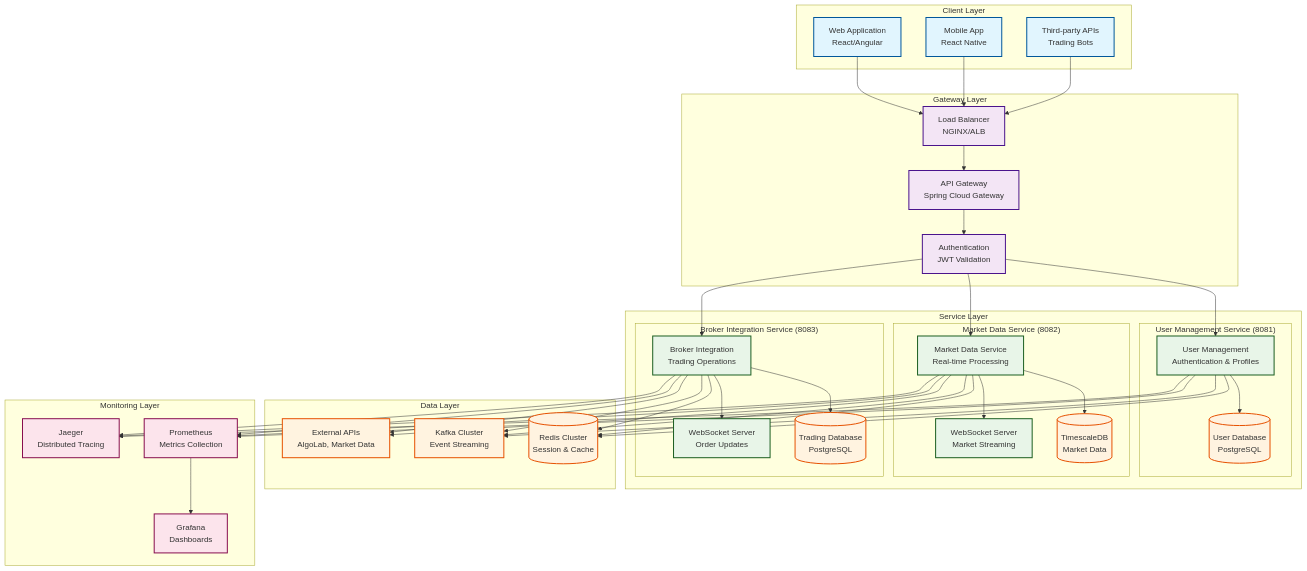
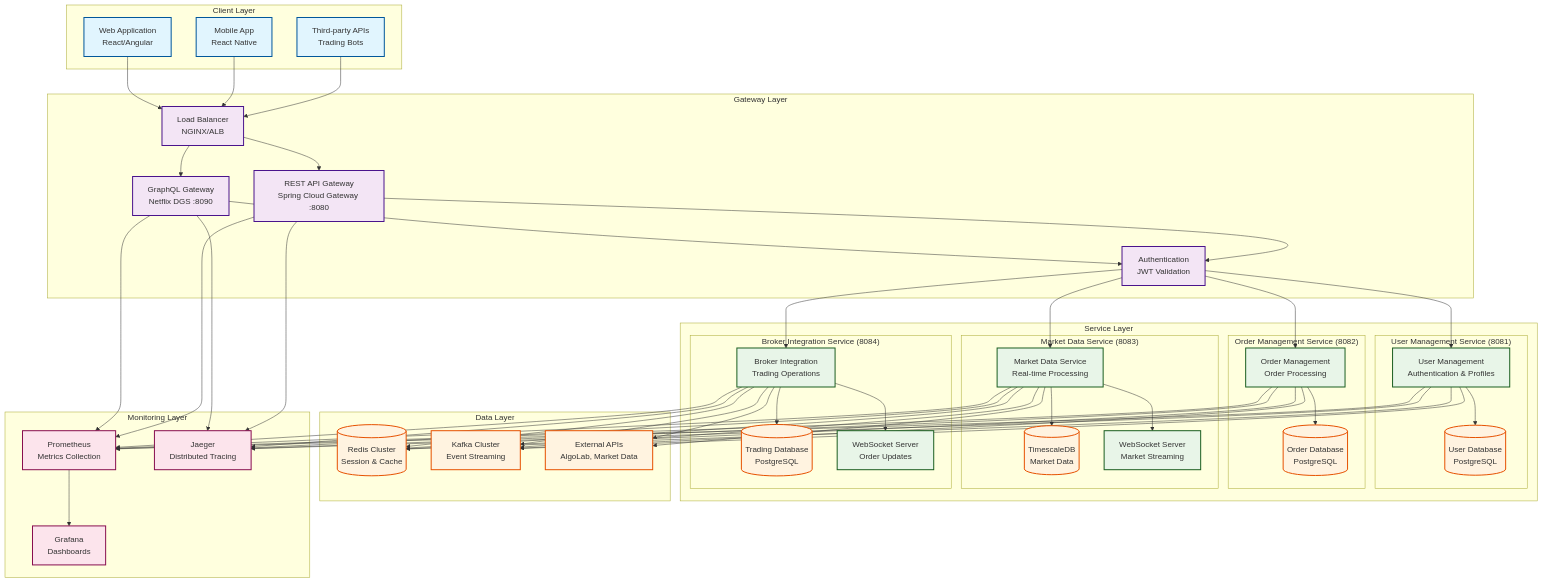
The diagram in docs/architecture/system-design.md (erdoganonur/bist-trading-platform), drawn with Mermaid before and after one commit. The commit also changed other lines of this file and 104 other files, not shown here.

First line of the commit message:
Sprint 4 Completion: GraphQL Gateway Implementation & Complete Documentation Update

````diff
--- a/docs/architecture/system-design.md
+++ b/docs/architecture/system-design.md
@@ -113,7 +139,8 @@
     %% Gateway Layer
     subgraph "Gateway Layer"
         LB[Load Balancer<br/>NGINX/ALB]
-        GW[API Gateway<br/>Spring Cloud Gateway]
+        GQL[GraphQL Gateway<br/>Netflix DGS :8090]
+        REST[REST API Gateway<br/>Spring Cloud Gateway :8080]
         AUTH[Authentication<br/>JWT Validation]
     end
 
@@ -124,13 +151,18 @@
             UMS_DB[(User Database<br/>PostgreSQL)]
         end
 
-        subgraph "Market Data Service (8082)"
+        subgraph "Order Management Service (8082)"
+            OMS[Order Management<br/>Order Processing]
+            OMS_DB[(Order Database<br/>PostgreSQL)]
+        end
+
+        subgraph "Market Data Service (8083)"
             MDS[Market Data Service<br/>Real-time Processing]
             TSDB[(TimescaleDB<br/>Market Data)]
             WS1[WebSocket Server<br/>Market Streaming]
         end
 
-        subgraph "Broker Integration Service (8083)"
+        subgraph "Broker Integration Service (8084)"
             BIS[Broker Integration<br/>Trading Operations]
             BIS_DB[(Trading Database<br/>PostgreSQL)]
             WS2[WebSocket Server<br/>Order Updates]
@@ -156,15 +188,24 @@
     MOB --> LB
     API --> LB
 
-    LB --> GW
-    GW --> AUTH
+    LB --> GQL
+    LB --> REST
+
+    GQL --> AUTH
+    REST --> AUTH
+
     AUTH --> UMS
+    AUTH --> OMS
     AUTH --> MDS
     AUTH --> BIS
 
     UMS --> UMS_DB
     UMS --> REDIS
     UMS --> KAFKA
+
+    OMS --> OMS_DB
+    OMS --> REDIS
+    OMS --> KAFKA
 
     MDS --> TSDB
     MDS --> WS1
@@ -179,11 +220,17 @@
     BIS --> EXTERNAL
 
     %% Monitoring connections
+    GQL --> PROM
+    REST --> PROM
     UMS --> PROM
+    OMS --> PROM
     MDS --> PROM
     BIS --> PROM
     PROM --> GRAF
+    GQL --> JAEGER
+    REST --> JAEGER
     UMS --> JAEGER
+    OMS --> JAEGER
     MDS --> JAEGER
     BIS --> JAEGER
 
@@ -195,8 +242,8 @@
     classDef monitorStyle fill:#fce4ec,stroke:#880e4f,stroke-width:2px
 
     class WEB,MOB,API clientStyle
-    class LB,GW,AUTH gatewayStyle
-    class UMS,MDS,BIS,WS1,WS2 serviceStyle
-    class UMS_DB,TSDB,BIS_DB,REDIS,KAFKA,EXTERNAL dataStyle
+    class LB,GQL,REST,AUTH gatewayStyle
+    class UMS,OMS,MDS,BIS,WS1,WS2 serviceStyle
+    class UMS_DB,OMS_DB,TSDB,BIS_DB,REDIS,KAFKA,EXTERNAL dataStyle
     class PROM,GRAF,JAEGER monitorStyle
 ```
````
